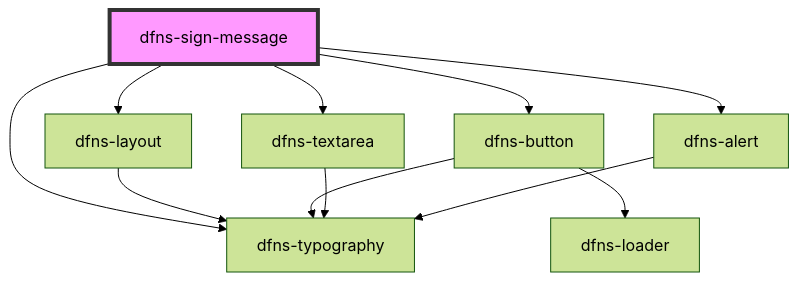
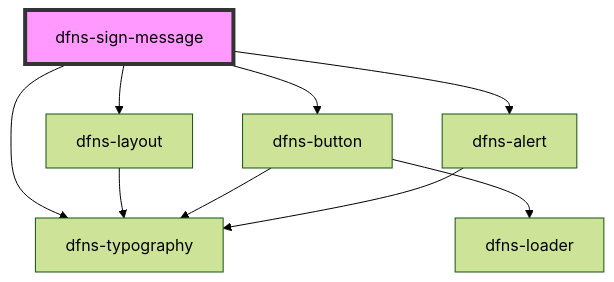
One commit to dfnsext/web-ui changed the diagram in src/components/dfns-sign-message/readme.md. Above: the diagram before and after it, drawn with Mermaid (forest theme). The commit also changed other lines of this file and 11 other files, not shown here.

````diff
--- a/src/components/dfns-sign-message/readme.md
+++ b/src/components/dfns-sign-message/readme.md
@@ -38,14 +37,12 @@
 ```mermaid
 graph TD;
   dfns-sign-message --> dfns-layout
   dfns-sign-message --> dfns-typography
   dfns-sign-message --> dfns-button
-  dfns-sign-message --> dfns-textarea
   dfns-sign-message --> dfns-alert
   dfns-layout --> dfns-typography
   dfns-button --> dfns-typography
   dfns-button --> dfns-loader
-  dfns-textarea --> dfns-typography
   dfns-alert --> dfns-typography
   style dfns-sign-message fill:#f9f,stroke:#333,stroke-width:4px
 ```
````
